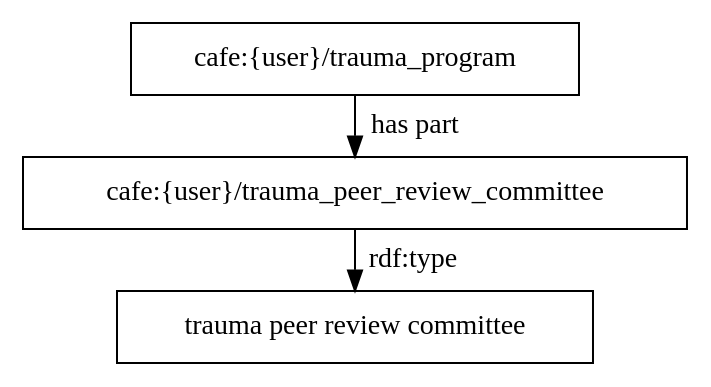
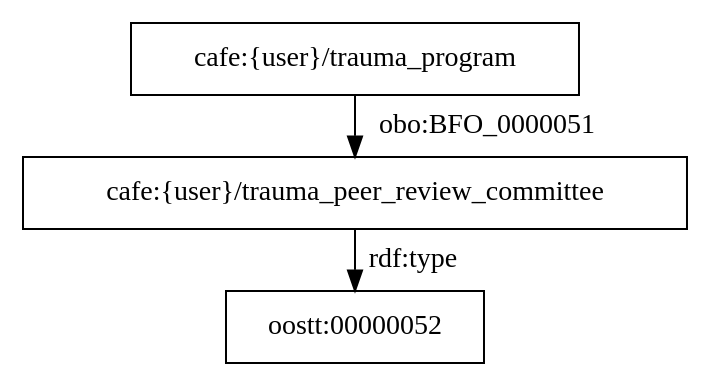
One commit to utecht/dideo-server changed the diagram in cafe/graphs/11.dot. Above: the diagram before and after it, drawn with Graphviz. The commit also changed 17 other files, not shown here.

```diff
--- a/cafe/graphs/11.dot
+++ b/cafe/graphs/11.dot
@@ -1,5 +1,5 @@
 digraph g { node [shape=rectangle];
 graph [splines=true, nodesep=.5, ranksep=0, overlap=false];
-"cafe:{user}/trauma_program" -> "cafe:{user}/trauma_peer_review_committee" [label="has part"]
-"cafe:{user}/trauma_peer_review_committee" -> "trauma peer review committee" [label="rdf:type"]
+"cafe:{user}/trauma_program" -> "cafe:{user}/trauma_peer_review_committee" [label="obo:BFO_0000051"]
+"cafe:{user}/trauma_peer_review_committee" -> "oostt:00000052" [label="rdf:type"]
 }
```
